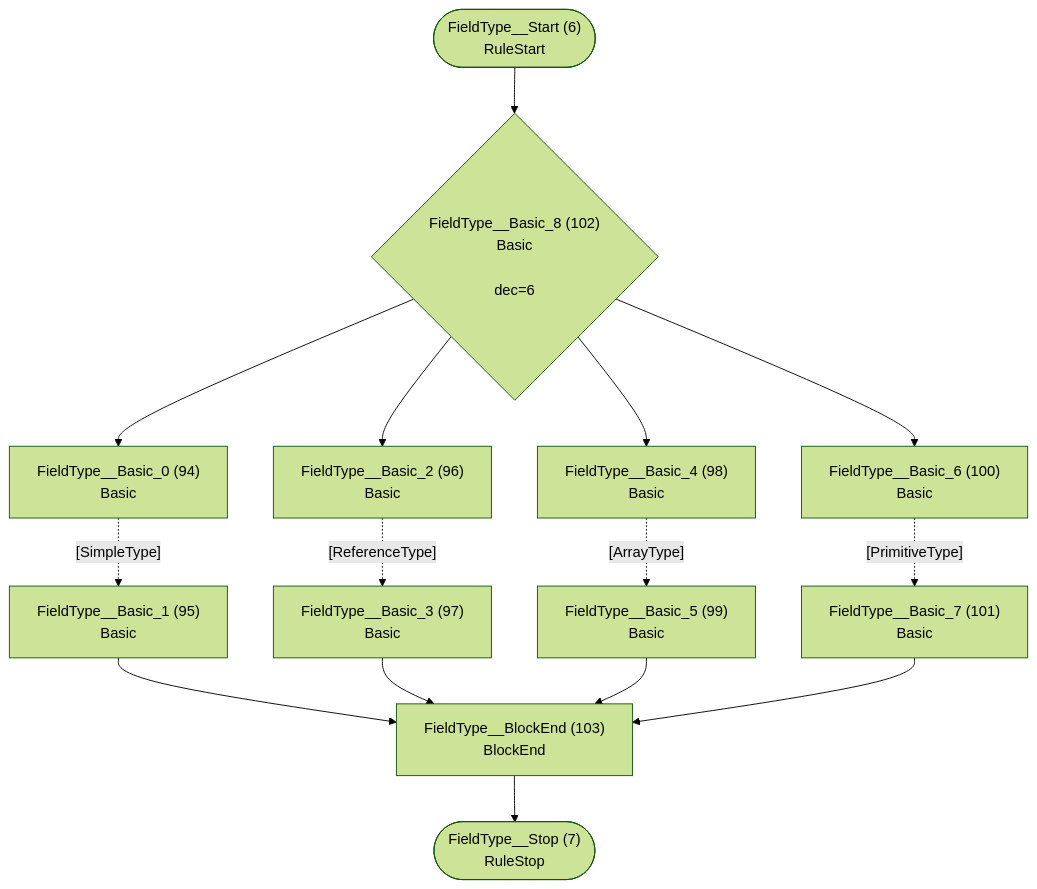
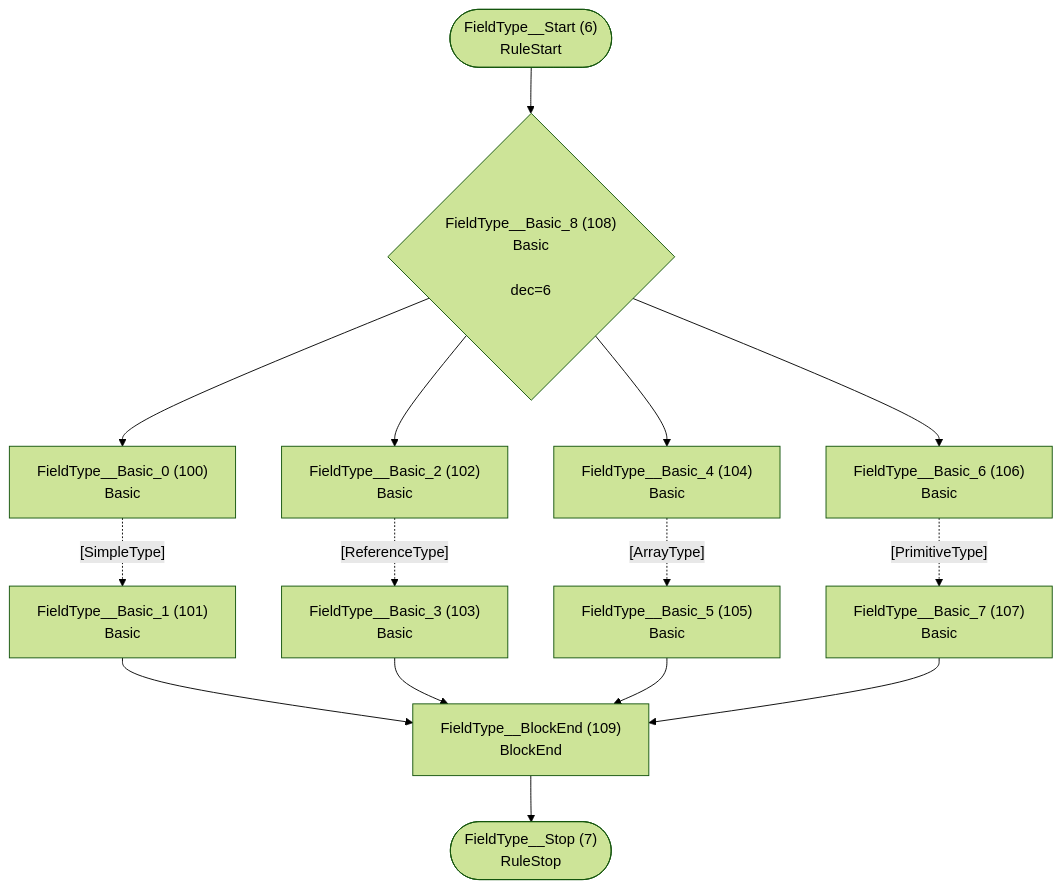
Before and after one commit to TypeFox/fastbelt: the fourth of 28 diagrams in internal/grammar/atn.md, drawn with Mermaid (forest theme). The commit also changed other lines of this file and 8 other files, not shown here.

````diff
--- a/internal/grammar/atn.md
+++ b/internal/grammar/atn.md
@@ -128,30 +133,30 @@
 ```mermaid
 flowchart TD
     q6(["FieldType__Start (6)<br/>RuleStart"])
     q7(["FieldType__Stop (7)<br/>RuleStop"])
-    q94["FieldType__Basic_0 (94)<br/>Basic<br/>"]
-    q95["FieldType__Basic_1 (95)<br/>Basic<br/>"]
-    q96["FieldType__Basic_2 (96)<br/>Basic<br/>"]
-    q97["FieldType__Basic_3 (97)<br/>Basic<br/>"]
-    q98["FieldType__Basic_4 (98)<br/>Basic<br/>"]
-    q99["FieldType__Basic_5 (99)<br/>Basic<br/>"]
-    q100["FieldType__Basic_6 (100)<br/>Basic<br/>"]
-    q101["FieldType__Basic_7 (101)<br/>Basic<br/>"]
-    q102{"FieldType__Basic_8 (102)<br/>Basic<br/><br/>dec=6"}
-    q103["FieldType__BlockEnd (103)<br/>BlockEnd<br/>"]
+    q100["FieldType__Basic_0 (100)<br/>Basic<br/>"]
+    q101["FieldType__Basic_1 (101)<br/>Basic<br/>"]
+    q102["FieldType__Basic_2 (102)<br/>Basic<br/>"]
+    q103["FieldType__Basic_3 (103)<br/>Basic<br/>"]
+    q104["FieldType__Basic_4 (104)<br/>Basic<br/>"]
+    q105["FieldType__Basic_5 (105)<br/>Basic<br/>"]
+    q106["FieldType__Basic_6 (106)<br/>Basic<br/>"]
+    q107["FieldType__Basic_7 (107)<br/>Basic<br/>"]
+    q108{"FieldType__Basic_8 (108)<br/>Basic<br/><br/>dec=6"}
+    q109["FieldType__BlockEnd (109)<br/>BlockEnd<br/>"]
 
-    q6 --> q102
-    q94 -.->|"[SimpleType]"| q95
-    q95 --> q103
-    q96 -.->|"[ReferenceType]"| q97
-    q97 --> q103
-    q98 -.->|"[ArrayType]"| q99
-    q99 --> q103
-    q100 -.->|"[PrimitiveType]"| q101
-    q101 --> q103
-    q102 --> q94
-    q102 --> q96
-    q102 --> q98
-    q102 --> q100
-    q103 --> q7
+    q6 --> q108
+    q100 -.->|"[SimpleType]"| q101
+    q101 --> q109
+    q102 -.->|"[ReferenceType]"| q103
+    q103 --> q109
+    q104 -.->|"[ArrayType]"| q105
+    q105 --> q109
+    q106 -.->|"[PrimitiveType]"| q107
+    q107 --> q109
+    q108 --> q100
+    q108 --> q102
+    q108 --> q104
+    q108 --> q106
+    q109 --> q7
 ```
````
